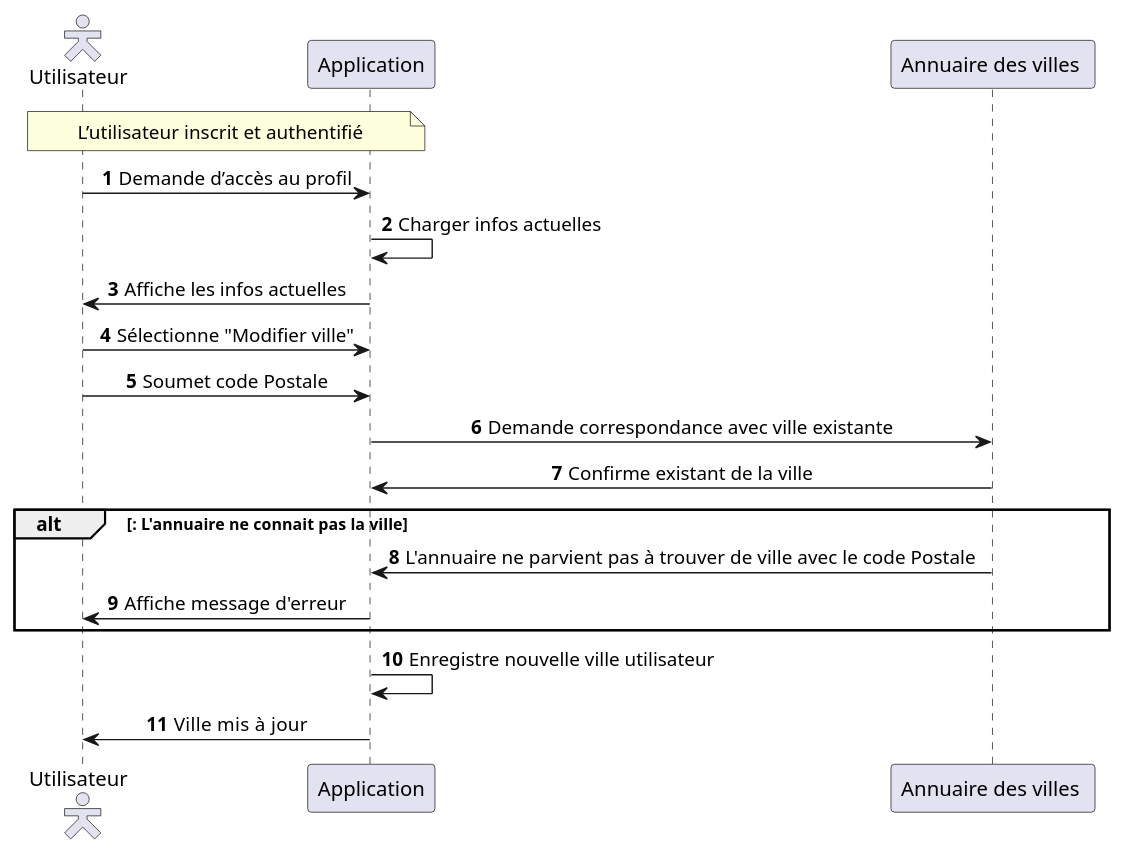
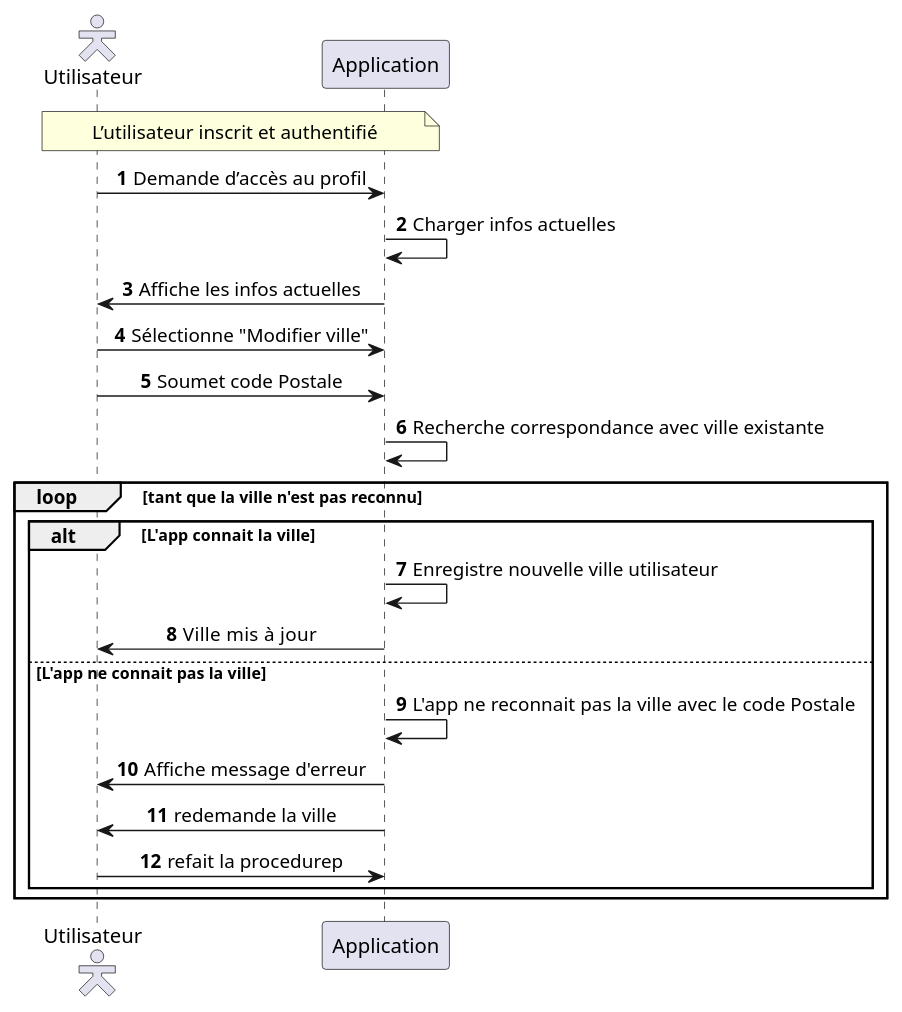
One commit to MinaroliCorentin/PSO changed the diagram in src/Description_des_scenarios_Config_Utilisateur_modifier_ville.puml. Above: the diagram before and after it, drawn with PlantUML. The commit also changed 15 other files, not shown here.

```diff
--- a/src/Description_des_scenarios_Config_Utilisateur_modifier_ville.puml
+++ b/src/Description_des_scenarios_Config_Utilisateur_modifier_ville.puml
@@ -1,29 +1,33 @@
 @startuml
 autonumber
 skinparam sequenceMessageAlign center
 skinparam actorStyle hollow
 
 actor "Utilisateur" as user
 participant "Application" as app
-participant "Annuaire des villes " as annuaire
 
 note over user, app
 L’utilisateur inscrit et authentifié
 end note
 
 user -> app : Demande d’accès au profil
 app -> app : Charger infos actuelles
 app -> user : Affiche les infos actuelles
 user -> app : Sélectionne "Modifier ville"
 user -> app : Soumet code Postale
-app -> annuaire : Demande correspondance avec ville existante
-annuaire -> app : Confirme existant de la ville
+app -> app : Recherche correspondance avec ville existante
 
-alt : L'annuaire ne connait pas la ville
-annuaire -> app : L'annuaire ne parvient pas à trouver de ville avec le code Postale
+loop tant que la ville n'est pas reconnu
+alt  L'app connait la ville
+app -> app : Enregistre nouvelle ville utilisateur
+app -> user : Ville  mis à jour
+else  L'app ne connait pas la ville
+app -> app : L'app ne reconnait pas la ville avec le code Postale
 app -> user : Affiche message d'erreur
+app -> user : redemande la ville
+user -> app : refait la procedurep
+
+end
 end
 
-app -> app : Enregistre nouvelle ville utilisateur
-app -> user : Ville  mis à jour
 @enduml
```
